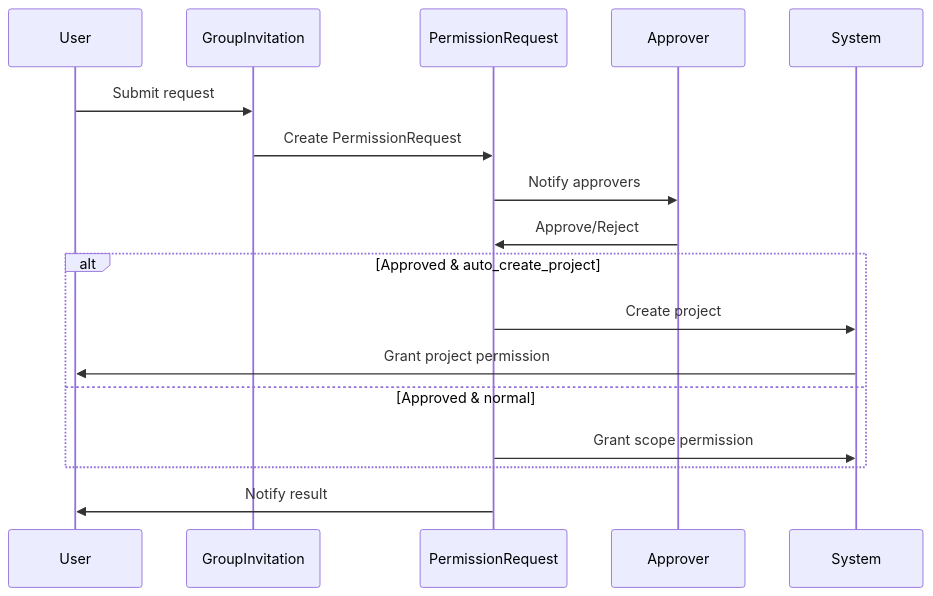
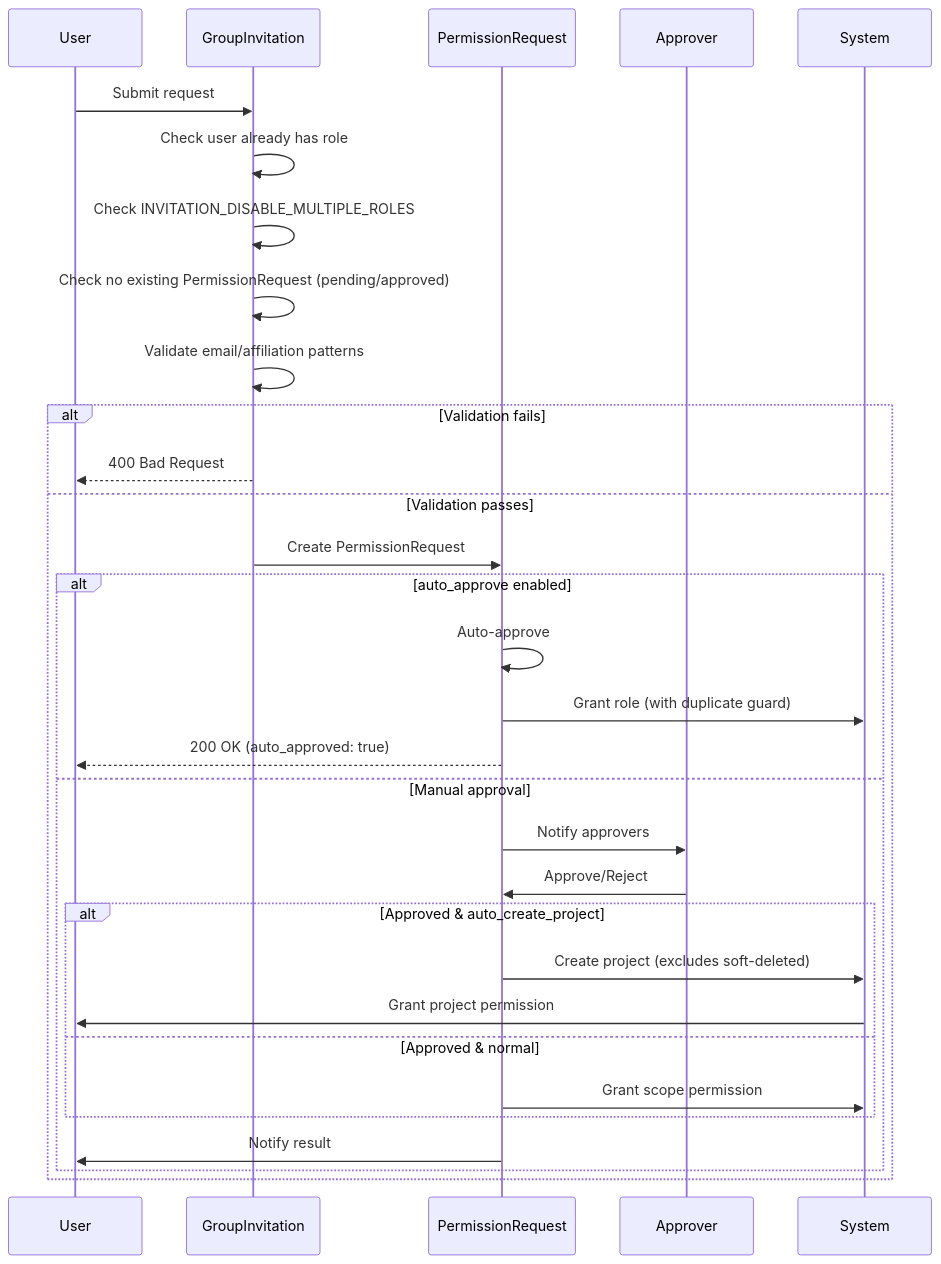
Before and after one commit to waldur/waldur-docs: the second of 4 diagrams in docs/developer-guide/core-concepts/invitations.md, drawn with Mermaid. The commit also changed other lines of this file and 21 other files, not shown here.

````diff
--- a/docs/developer-guide/core-concepts/invitations.md
+++ b/docs/developer-guide/core-concepts/invitations.md
@@ -81,20 +83,35 @@
 ```mermaid
 sequenceDiagram
     participant U as User
     participant GI as GroupInvitation
     participant PR as PermissionRequest
     participant A as Approver
     participant S as System
 
     U->>GI: Submit request
-    GI->>PR: Create PermissionRequest
-    PR->>A: Notify approvers
-    A->>PR: Approve/Reject
-    alt Approved & auto_create_project
-      PR->>S: Create project
-      S->>U: Grant project permission
-    else Approved & normal
-      PR->>S: Grant scope permission
+    GI->>GI: Check user already has role
+    GI->>GI: Check INVITATION_DISABLE_MULTIPLE_ROLES
+    GI->>GI: Check no existing PermissionRequest (pending/approved)
+    GI->>GI: Validate email/affiliation patterns
+
+    alt Validation fails
+      GI-->>U: 400 Bad Request
+    else Validation passes
+      GI->>PR: Create PermissionRequest
+      alt auto_approve enabled
+        PR->>PR: Auto-approve
+        PR->>S: Grant role (with duplicate guard)
+        PR-->>U: 200 OK (auto_approved: true)
+      else Manual approval
+        PR->>A: Notify approvers
+        A->>PR: Approve/Reject
+        alt Approved & auto_create_project
+          PR->>S: Create project (excludes soft-deleted)
+          S->>U: Grant project permission
+        else Approved & normal
+          PR->>S: Grant scope permission
+        end
+        PR->>U: Notify result
+      end
     end
-    PR->>U: Notify result
 ```
````
